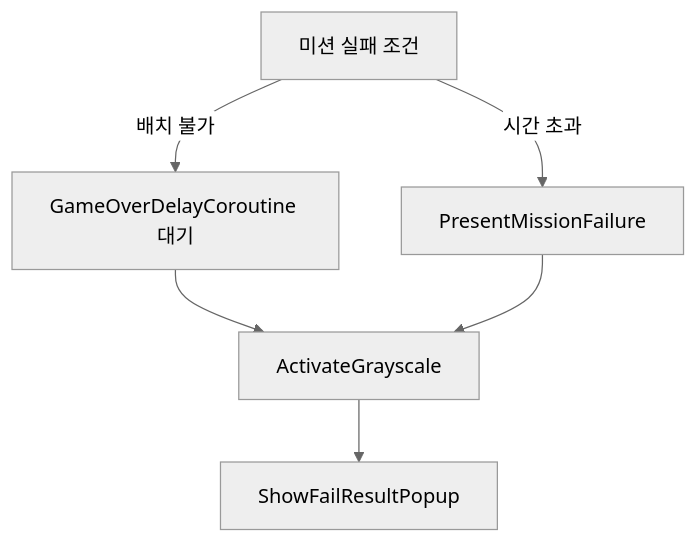
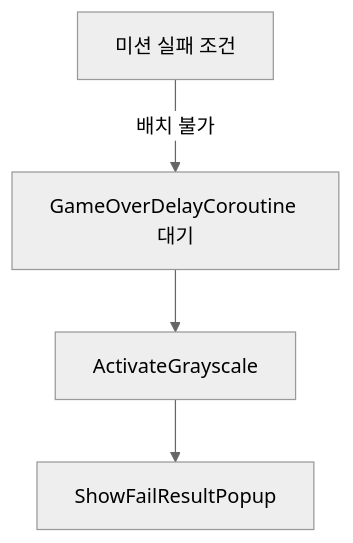
One commit to chlghksgml01/BlockPuzzle changed the fourth of 4 diagrams in docs/diagrams/mission-manager.md. Above: the diagram before and after it, drawn with Mermaid (neutral theme). The commit also changed other lines of this file and 12 other files, not shown here.

````diff
--- a/docs/diagrams/mission-manager.md
+++ b/docs/diagrams/mission-manager.md
@@ -125,9 +121,7 @@
 ```mermaid
 flowchart TD
   FAIL[미션 실패 조건]
   FAIL -->|배치 불가| DELAY[GameOverDelayCoroutine 대기]
-  FAIL -->|시간 초과| PRESENT[PresentMissionFailure]
   DELAY --> GRAY[ActivateGrayscale]
-  PRESENT --> GRAY
   GRAY --> POPUP[ShowFailResultPopup]
 ```
````
